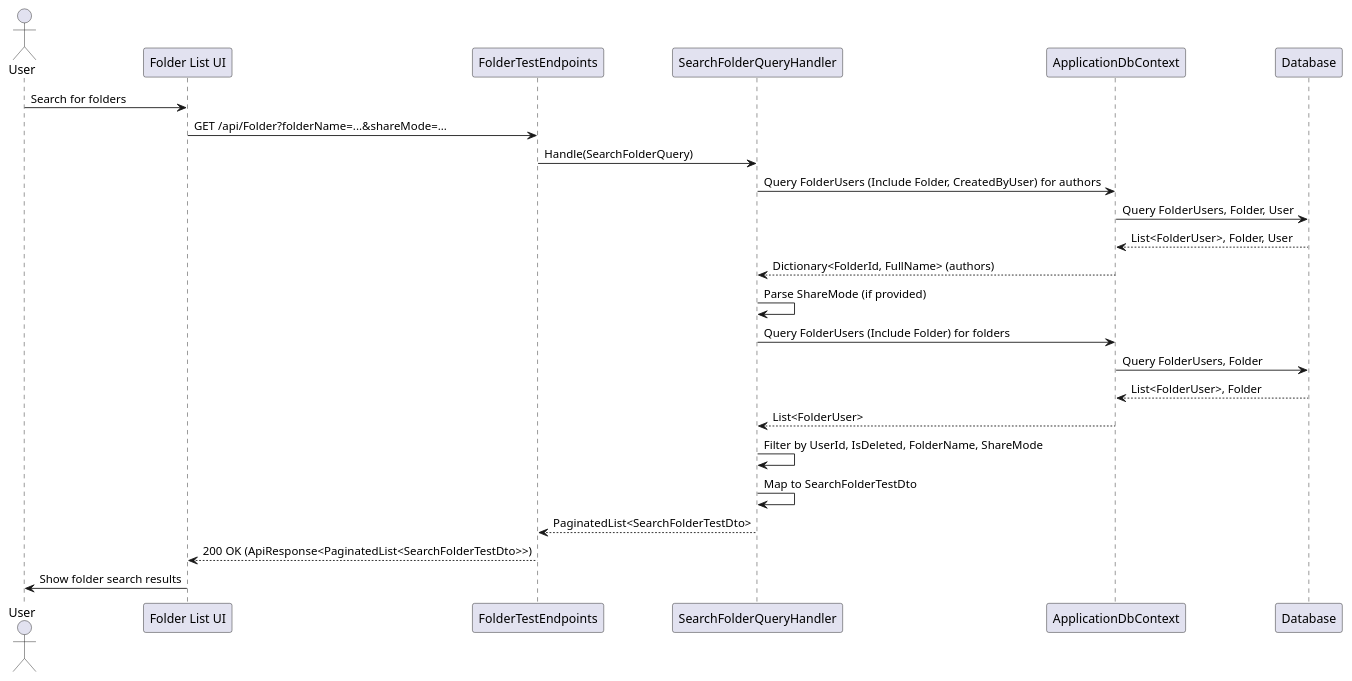
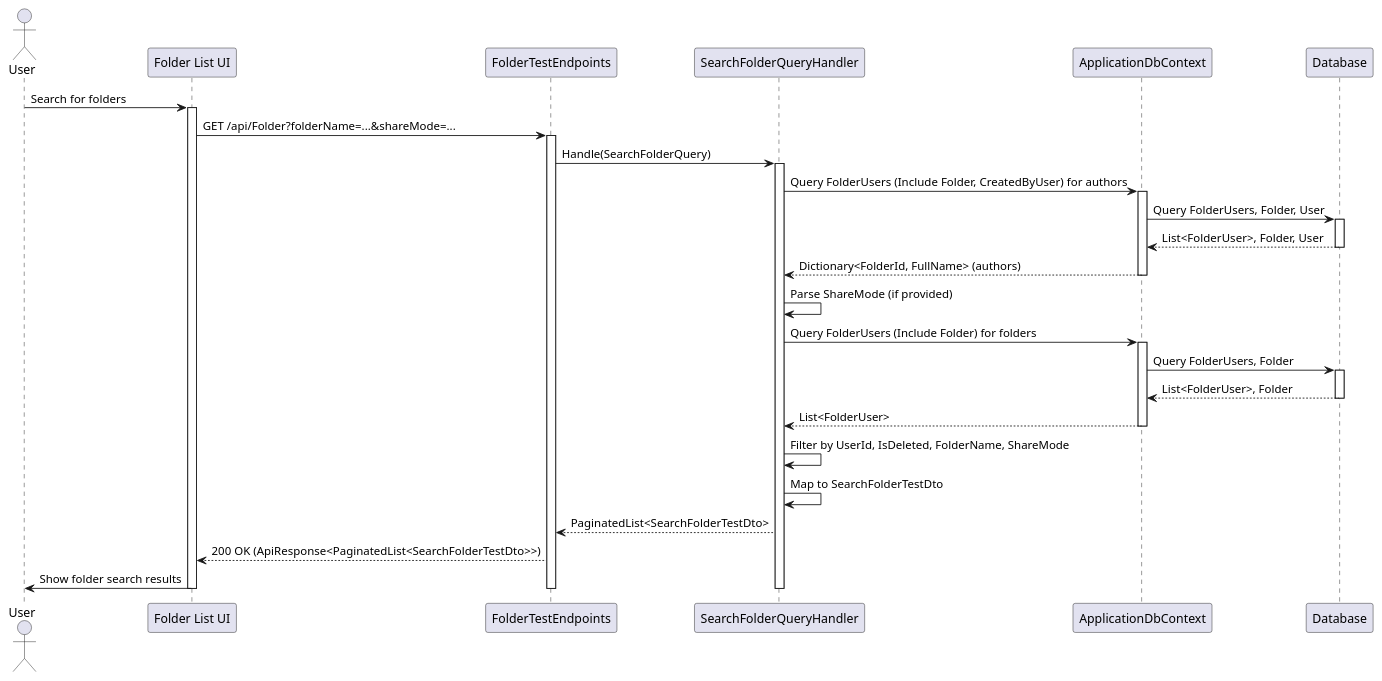
The diagram in FolderTest/Sequence/SearchFolderQuery.puml (thanhkhac/SEP_Diagram), drawn with PlantUML before and after one commit. The commit also changed 52 other files, not shown here.

Commit message:
Add UI activation/deactivation to sequence diagrams

```diff
--- a/FolderTest/Sequence/SearchFolderQuery.puml
+++ b/FolderTest/Sequence/SearchFolderQuery.puml
@@ -1,27 +1,40 @@
 @startuml
 actor User
 participant "Folder List UI" as UI
 participant FolderTestEndpoints
 participant SearchFolderQueryHandler as Handler
 participant ApplicationDbContext
 participant Database
 
 User -> UI : Search for folders
+activate UI
 UI -> FolderTestEndpoints : GET /api/Folder?folderName=...&shareMode=...
+activate FolderTestEndpoints
 FolderTestEndpoints -> Handler : Handle(SearchFolderQuery)
+activate Handler
 Handler -> ApplicationDbContext : Query FolderUsers (Include Folder, CreatedByUser) for authors
+activate ApplicationDbContext
 ApplicationDbContext -> Database : Query FolderUsers, Folder, User
+activate Database
 Database --> ApplicationDbContext : List<FolderUser>, Folder, User
+deactivate Database
 ApplicationDbContext --> Handler : Dictionary<FolderId, FullName> (authors)
+deactivate ApplicationDbContext
 Handler -> Handler : Parse ShareMode (if provided)
 Handler -> ApplicationDbContext : Query FolderUsers (Include Folder) for folders
+activate ApplicationDbContext
 ApplicationDbContext -> Database : Query FolderUsers, Folder
+activate Database
 Database --> ApplicationDbContext : List<FolderUser>, Folder
+deactivate Database
 ApplicationDbContext --> Handler : List<FolderUser>
+deactivate ApplicationDbContext
 Handler -> Handler : Filter by UserId, IsDeleted, FolderName, ShareMode
 Handler -> Handler : Map to SearchFolderTestDto
 Handler --> FolderTestEndpoints : PaginatedList<SearchFolderTestDto>
 FolderTestEndpoints --> UI : 200 OK (ApiResponse<PaginatedList<SearchFolderTestDto>>)
 UI -> User : Show folder search results
-
+deactivate Handler
+deactivate FolderTestEndpoints
+deactivate UI
 @enduml
```
